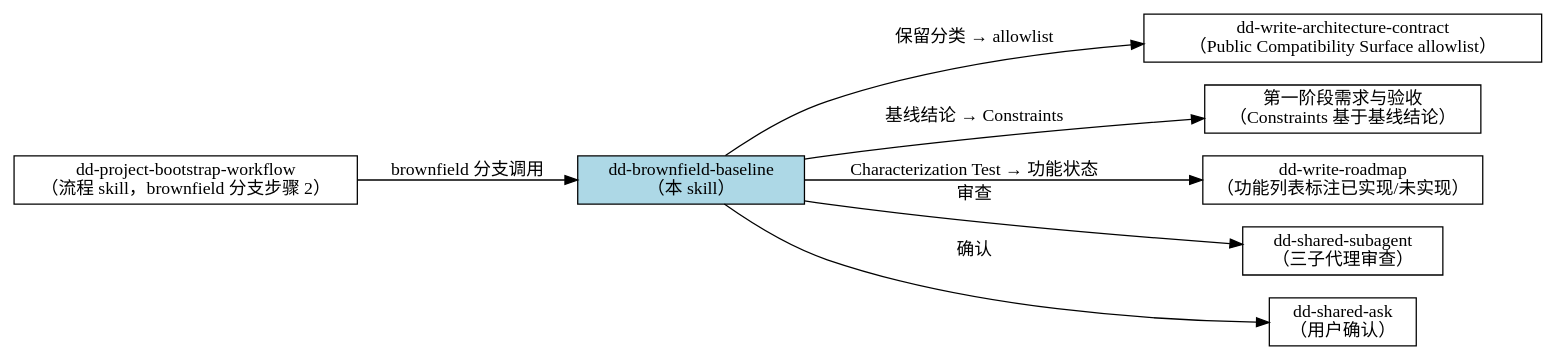
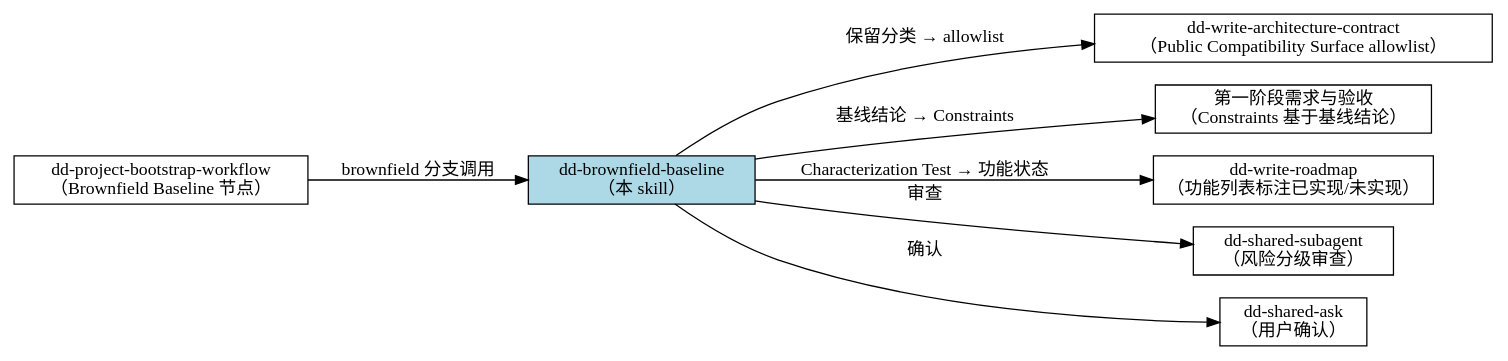
Before and after one commit to marcocpt/trae_skills: the second of 2 diagrams in dd-brownfield-baseline/SKILL.md, drawn with Graphviz. The commit also changed other lines of this file and 2 other files, not shown here.

Commit message:
refactor(skills): consume bootstrap context upstream

````diff
--- a/dd-brownfield-baseline/SKILL.md
+++ b/dd-brownfield-baseline/SKILL.md
@@ -216,20 +231,20 @@
 ```dot
 digraph skill_relation {
     rankdir=LR;
     node [shape=box];
-    bootstrap [label="dd-project-bootstrap-workflow\n（流程 skill，brownfield 分支步骤 2）"];
+    bootstrap [label="dd-project-bootstrap-workflow\n（Brownfield Baseline 节点）"];
     baseline [label="dd-brownfield-baseline\n（本 skill）", style=filled, fillcolor=lightblue];
     contract [label="dd-write-architecture-contract\n（Public Compatibility Surface allowlist）"];
     req [label="第一阶段需求与验收\n（Constraints 基于基线结论）"];
     roadmap [label="dd-write-roadmap\n（功能列表标注已实现/未实现）"];
-    subagent [label="dd-shared-subagent\n（三子代理审查）"];
+    subagent [label="dd-shared-subagent\n（风险分级审查）"];
     ask [label="dd-shared-ask\n（用户确认）"];
 
     bootstrap -> baseline [label="brownfield 分支调用"];
     baseline -> subagent [label="审查"];
     baseline -> ask [label="确认"];
     baseline -> contract [label="保留分类 → allowlist"];
     baseline -> req [label="基线结论 → Constraints"];
     baseline -> roadmap [label="Characterization Test → 功能状态"];
 }
 ```
````
